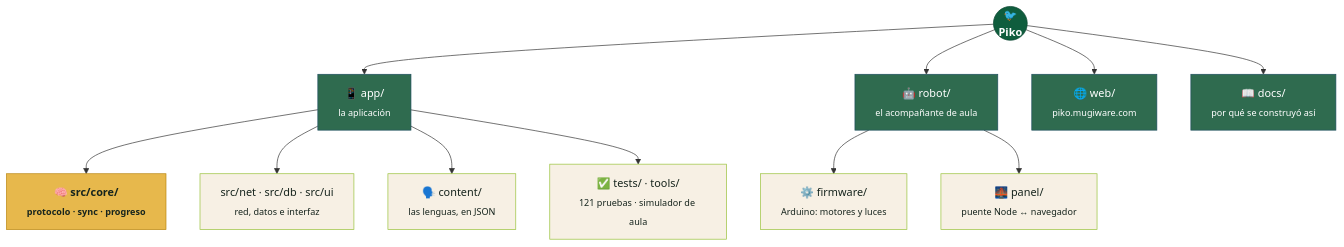
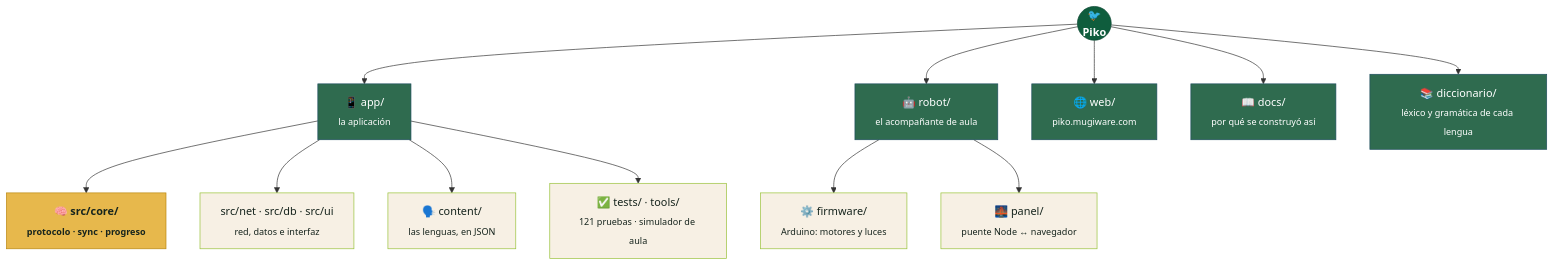
One commit to dnnyhr/Piko-Aplicacion-para-el-aprendizaje-de-idiomas- changed the second of 2 diagrams in README.md. Above: the diagram before and after it, drawn with Mermaid. The commit also changed other lines of this file and 27 other files, not shown here.

````diff
--- a/README.md
+++ b/README.md
@@ -176,27 +176,28 @@
 ```mermaid
 flowchart TD
     RAIZ(("🐦<br/>Piko"))
 
     RAIZ --> APP["📱 app/<br/><sub>la aplicación</sub>"]
     RAIZ --> ROBOT["🤖 robot/<br/><sub>el acompañante de aula</sub>"]
     RAIZ --> WEB["🌐 web/<br/><sub>piko.mugiware.com</sub>"]
     RAIZ --> DOCS["📖 docs/<br/><sub>por qué se construyó así</sub>"]
+    RAIZ --> DICC["📚 diccionario/<br/><sub>léxico y gramática de cada lengua</sub>"]
 
     APP --> CORE["🧠 src/core/<br/><sub>protocolo · sync · progreso</sub>"]
     APP --> RESTO["src/net · src/db · src/ui<br/><sub>red, datos e interfaz</sub>"]
     APP --> CONTENT["🗣️ content/<br/><sub>las lenguas, en JSON</sub>"]
     APP --> TESTS["✅ tests/ · tools/<br/><sub>121 pruebas · simulador de aula</sub>"]
 
     ROBOT --> FIRM["⚙️ firmware/<br/><sub>Arduino: motores y luces</sub>"]
     ROBOT --> PANEL["🌉 panel/<br/><sub>puente Node ↔ navegador</sub>"]
 
     classDef raiz fill:#0F5D3D,stroke:#0A4530,color:#fff,font-weight:bold
     classDef puerta fill:#2F6B4F,stroke:#1F4E5F,color:#fff
     classDef nucleo fill:#E7B84C,stroke:#B9860F,color:#16241D,font-weight:bold
     classDef hoja fill:#F7F0E4,stroke:#97C137,color:#16241D
 
     class RAIZ raiz
-    class APP,ROBOT,WEB,DOCS puerta
+    class APP,ROBOT,WEB,DOCS,DICC puerta
     class CORE nucleo
     class RESTO,CONTENT,TESTS,FIRM,PANEL hoja
 ```
````
